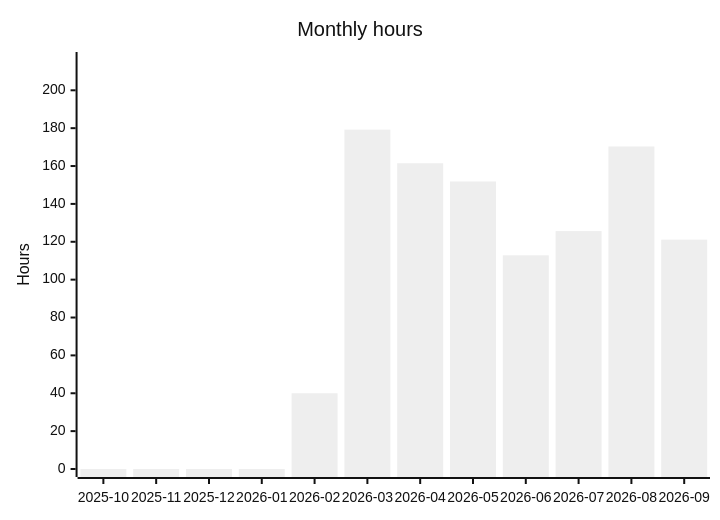
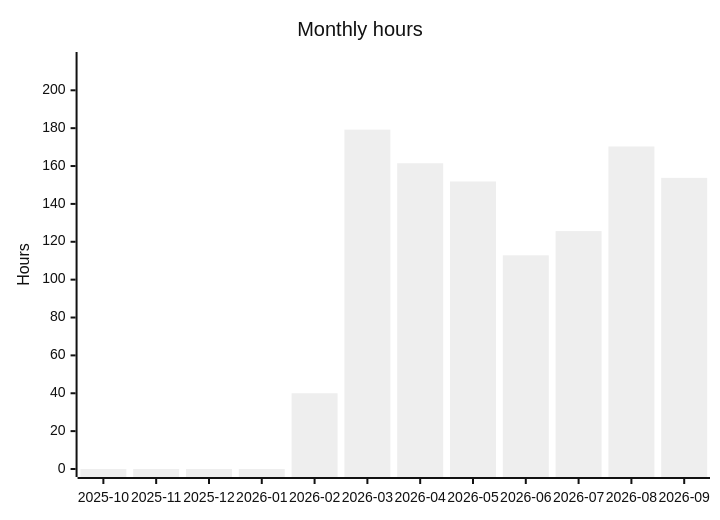
The fourth of 5 diagrams in README.org (albinforsberg-netizen/timeclock), drawn with Mermaid (neutral theme) before and after one commit. The commit also changed other lines of this file, not shown here.

```diff
--- a/README.org
+++ b/README.org
@@ -123,7 +123,7 @@
 #+begin_src mermaid
 xychart-beta
     title "Monthly hours"
     x-axis ["2025-10", "2025-11", "2025-12", "2026-01", "2026-02", "2026-03", "2026-04", "2026-05", "2026-06", "2026-07", "2026-08", "2026-09"]
     y-axis "Hours" 0 --> 216
-    bar [0.00, 0.00, 0.00, 0.00, 40.00, 179.23, 161.48, 151.86, 112.85, 125.64, 170.32, 121.12]
+    bar [0.00, 0.00, 0.00, 0.00, 40.00, 179.23, 161.48, 151.86, 112.85, 125.64, 170.32, 153.76]
 #+end_src
```
